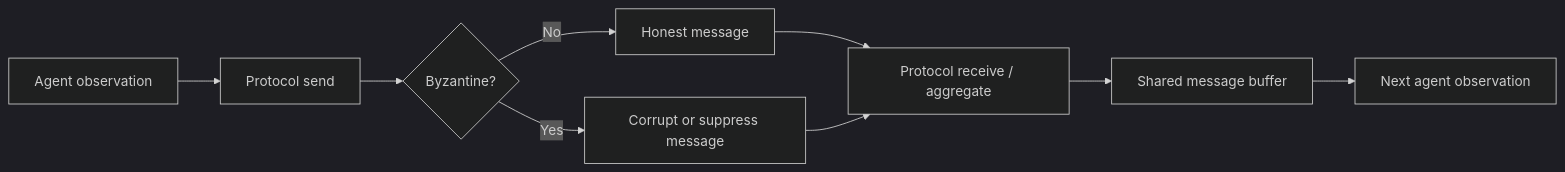
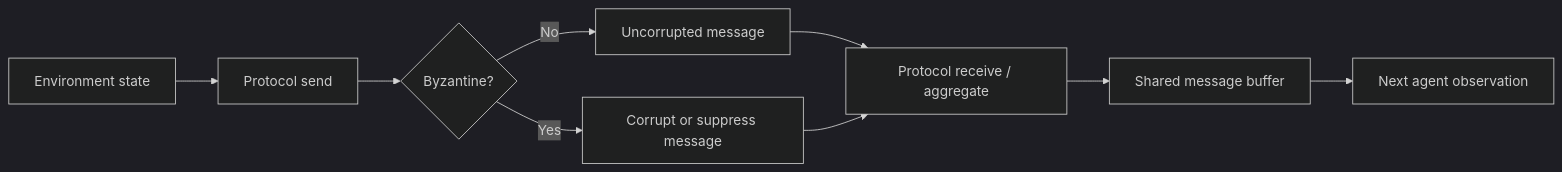
Before and after one commit to RonitBulani/byzantine-resilient-marl-comms: the diagram in README.md, drawn with Mermaid (dark theme). The commit also changed other lines of this file and 10 other files, not shown here.

````diff
--- a/README.md
+++ b/README.md
@@ -55,11 +55,11 @@
 ```mermaid
 flowchart LR
-    A[Agent observation] --> B[Protocol send]
+    A[Environment state] --> B[Protocol send]
     B --> C{Byzantine?}
-    C -- No --> D[Honest message]
+    C -- No --> D[Uncorrupted message]
     C -- Yes --> E[Corrupt or suppress message]
     D --> F[Protocol receive / aggregate]
     E --> F
     F --> G[Shared message buffer]
     G --> H[Next agent observation]
 ```
````
